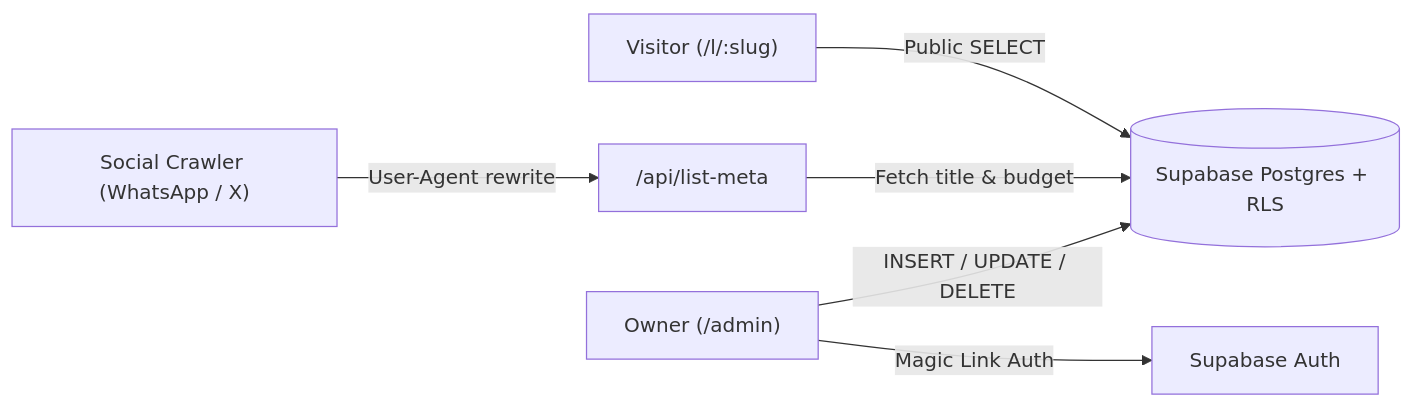
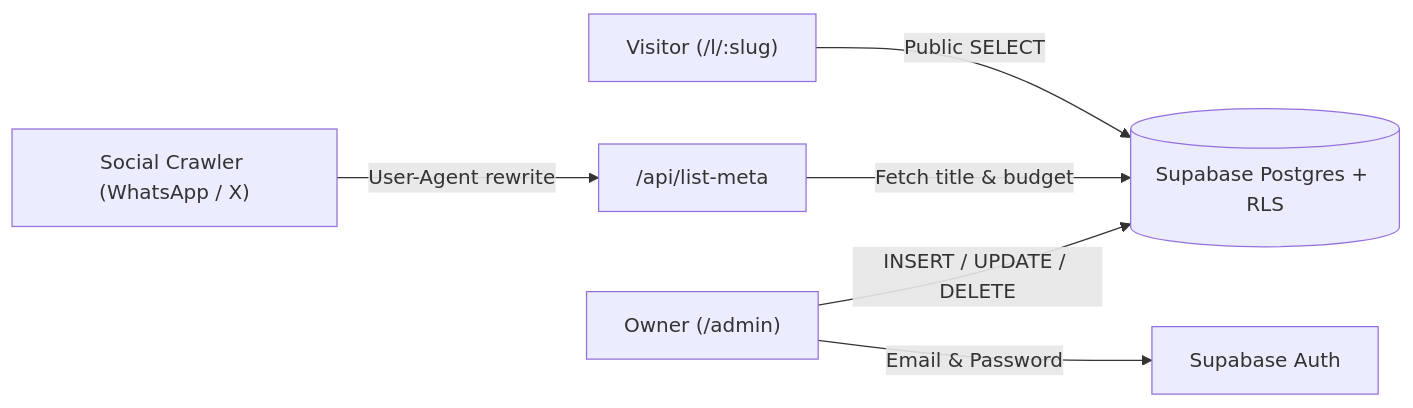
Before and after one commit to CesarDeno/event-wishlists: the diagram in README.md, drawn with Mermaid. The commit also changed other lines of this file and 2 other files, not shown here.

Commit message:
feat: replace magic link auth with email and password authentication

````diff
--- a/README.md
+++ b/README.md
@@ -33,8 +33,8 @@
 ```mermaid
 flowchart LR
   Visitor["Visitor (/l/:slug)"] -->|Public SELECT| DB[("Supabase Postgres + RLS")]
   Bot["Social Crawler (WhatsApp / X)"] -->|User-Agent rewrite| OG["/api/list-meta"]
   OG -->|Fetch title & budget| DB
-  Owner["Owner (/admin)"] -->|Magic Link Auth| Auth["Supabase Auth"]
+  Owner["Owner (/admin)"] -->|Email & Password| Auth["Supabase Auth"]
   Owner -->|INSERT / UPDATE / DELETE| DB
 ```
````
